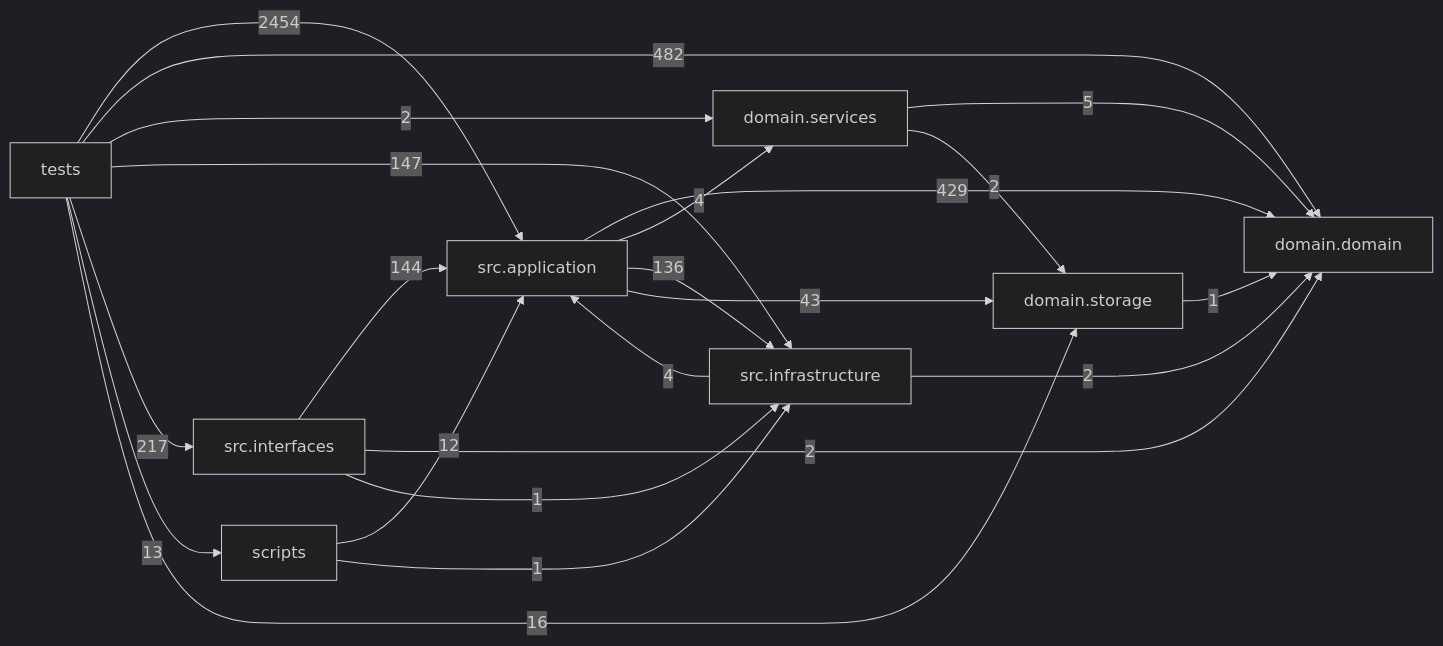
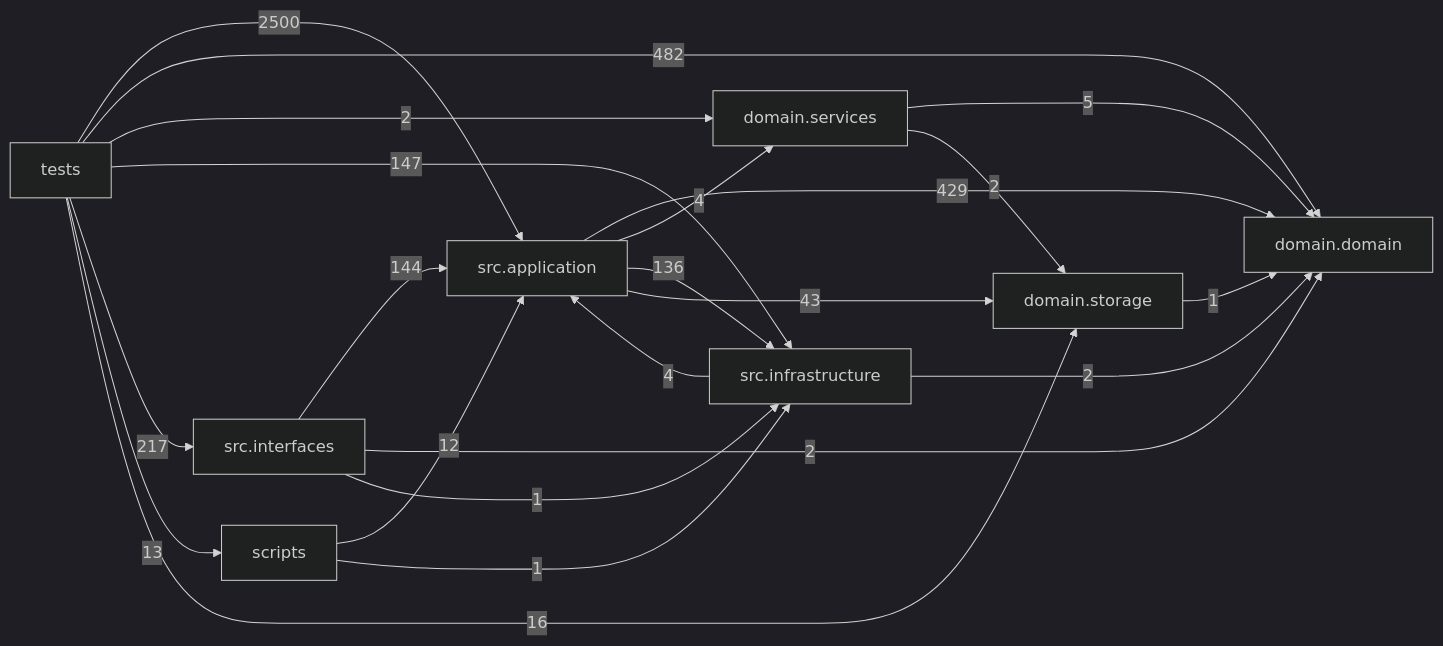
One commit to liuxie066/options-monitor changed the diagram in docs/DEPENDENCY_GRAPH.md. Above: the diagram before and after it, drawn with Mermaid (dark theme). The commit also changed other lines of this file and 45 other files, not shown here.

````diff
--- a/docs/DEPENDENCY_GRAPH.md
+++ b/docs/DEPENDENCY_GRAPH.md
@@ -24,32 +24,32 @@
 ```mermaid
 flowchart LR
   tests["tests"]
   scripts["scripts"]
   interfaces["src.interfaces"]
   application["src.application"]
   infrastructure["src.infrastructure"]
   domain_services["domain.services"]
   domain["domain.domain"]
   storage["domain.storage"]
   application -->|429| domain
   application -->|4| domain_services
   application -->|136| infrastructure
   application -->|43| storage
   domain_services -->|5| domain
   domain_services -->|2| storage
   infrastructure -->|4| application
   infrastructure -->|2| domain
   interfaces -->|144| application
   interfaces -->|2| domain
   interfaces -->|1| infrastructure
   scripts -->|12| application
   scripts -->|1| infrastructure
   storage -->|1| domain
-  tests -->|2454| application
+  tests -->|2500| application
   tests -->|482| domain
   tests -->|2| domain_services
   tests -->|147| infrastructure
   tests -->|217| interfaces
   tests -->|13| scripts
   tests -->|16| storage
 ```
````
